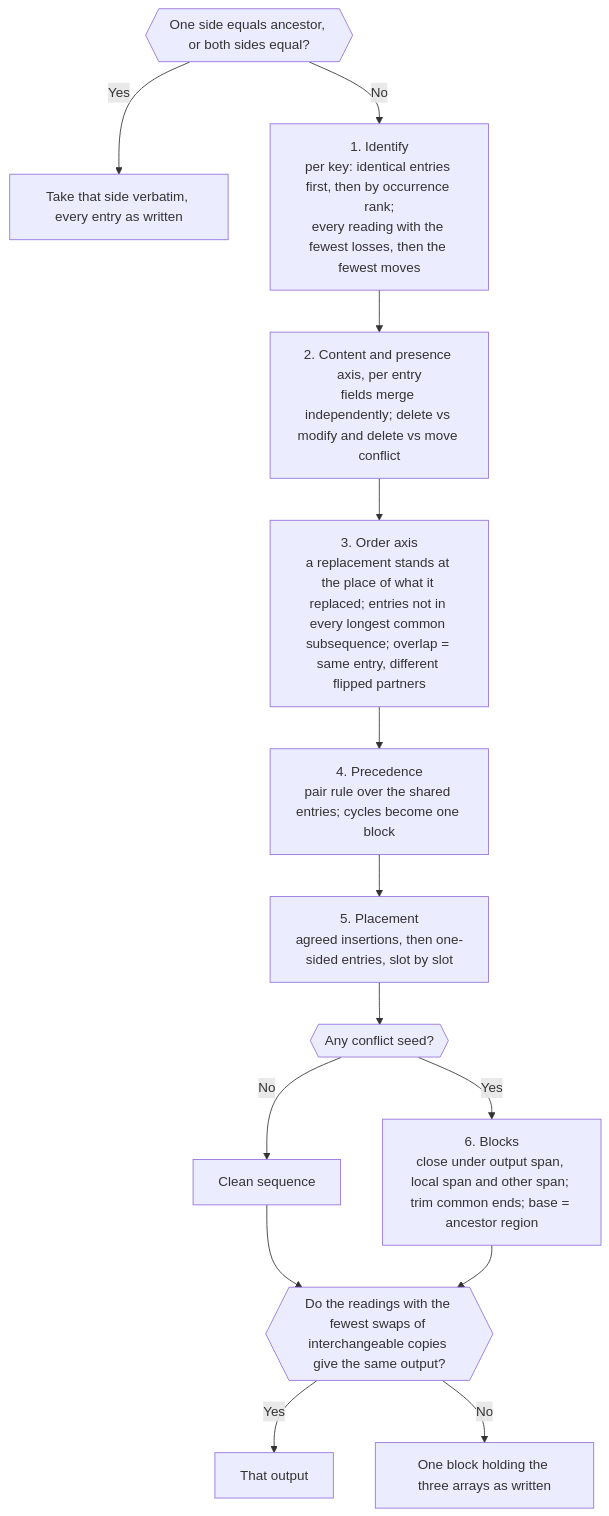
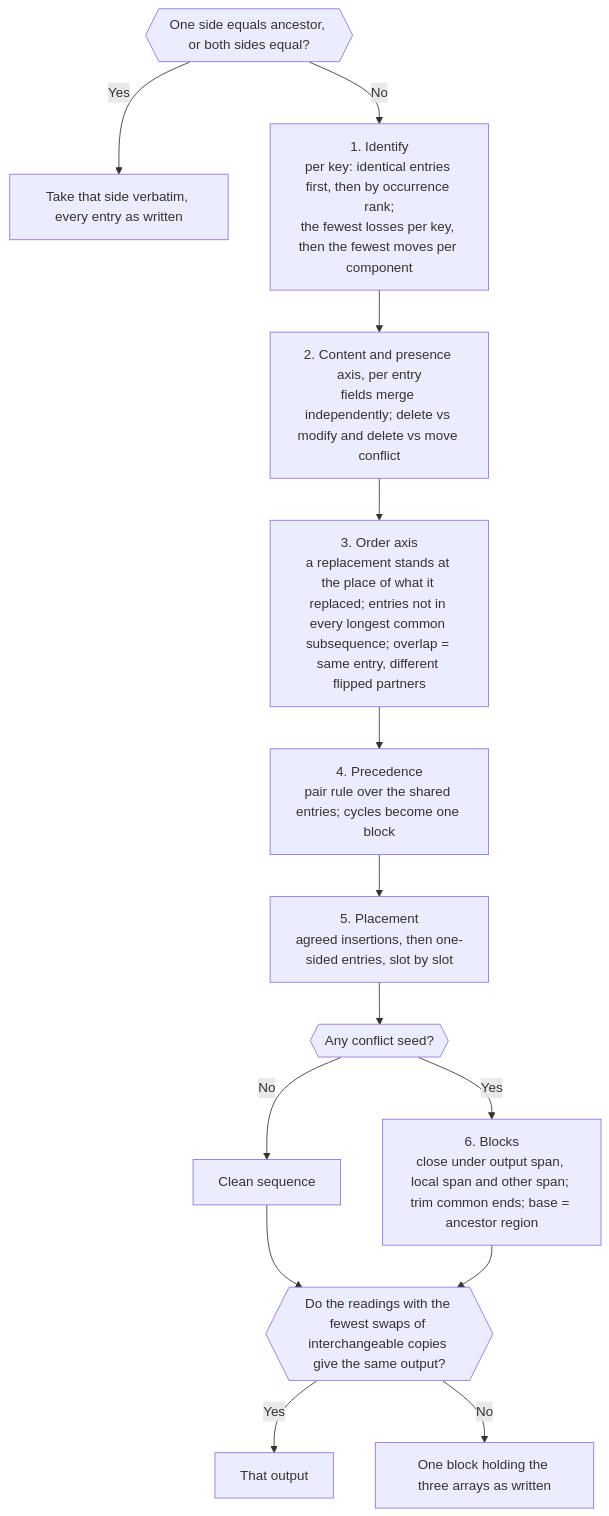
Before and after one commit to scolladon/sf-git-merge-driver: the seventh of 7 diagrams in DESIGN.md, drawn with Mermaid. The commit also changed other lines of this file and 87 other files, not shown here.

````diff
--- a/DESIGN.md
+++ b/DESIGN.md
@@ -529,20 +529,20 @@
 ```mermaid
 flowchart TD
     Whole{{"One side equals ancestor, or both sides equal?"}}
     Whole -->|Yes| Take["Take that side verbatim, every entry as written"]
     Whole -->|No| Identify
 
-    Identify["1. Identify<br/>per key: identical entries first, then by occurrence rank;<br/>every reading with the fewest losses, then the fewest moves"]
+    Identify["1. Identify<br/>per key: identical entries first, then by occurrence rank;<br/>the fewest losses per key, then the fewest moves per component"]
     Identify --> Content["2. Content and presence axis, per entry<br/>fields merge independently; delete vs modify and delete vs move conflict"]
     Content --> Order["3. Order axis<br/>a replacement stands at the place of what it replaced; entries not in every longest common subsequence; overlap = same entry, different flipped partners"]
     Order --> Precedence["4. Precedence<br/>pair rule over the shared entries; cycles become one block"]
     Precedence --> Placement["5. Placement<br/>agreed insertions, then one-sided entries, slot by slot"]
     Placement --> Seeds{{"Any conflict seed?"}}
     Seeds -->|No| Clean["Clean sequence"]
     Seeds -->|Yes| Blocks["6. Blocks<br/>close under output span, local span and other span; trim common ends; base = ancestor region"]
     Clean --> Readings
     Blocks --> Readings
     Readings{{"Do the readings with the fewest swaps of interchangeable copies give the same output?"}}
     Readings -->|Yes| Out["That output"]
     Readings -->|No| WholeConflict["One block holding the three arrays as written"]
 ```
````
